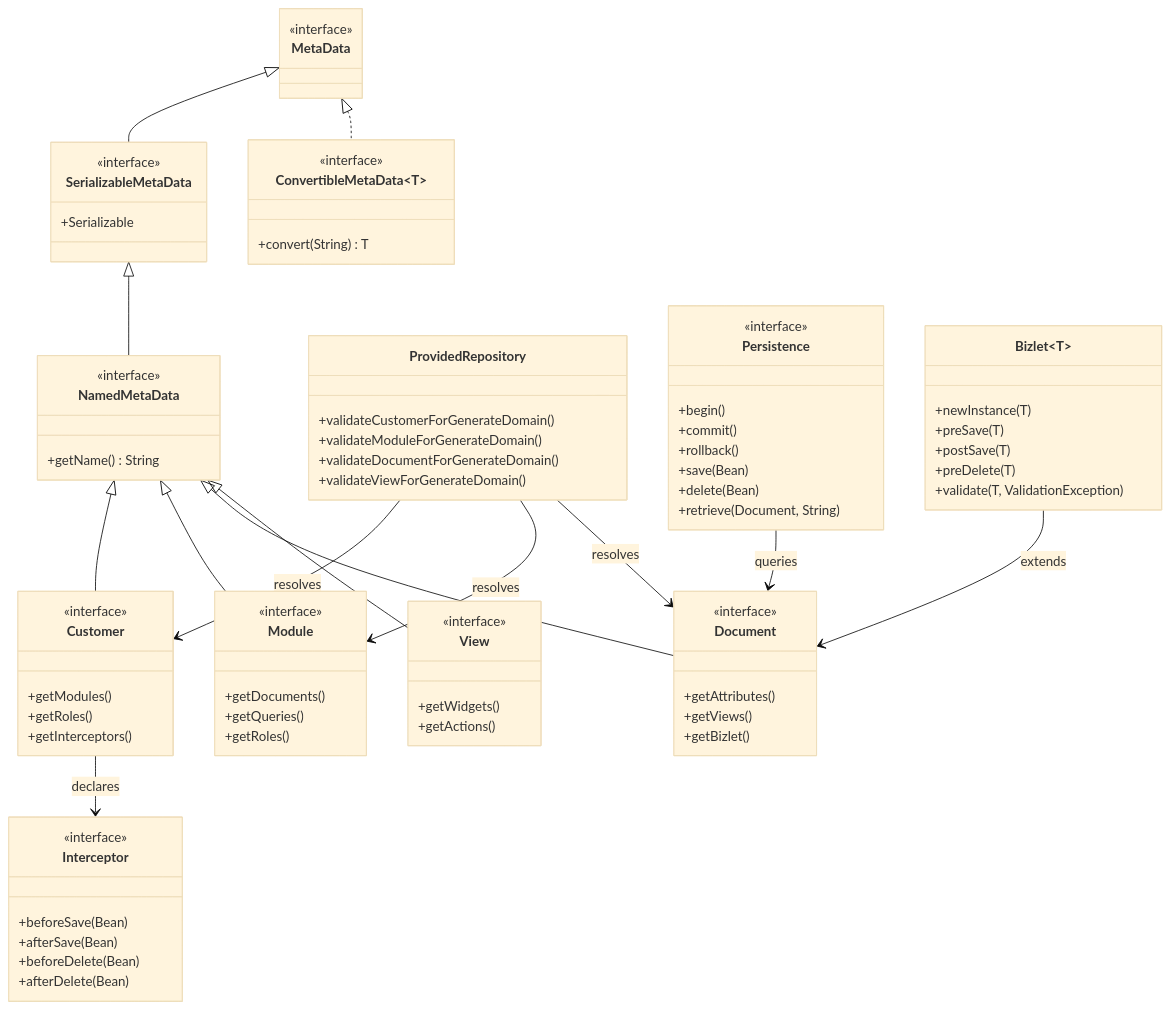
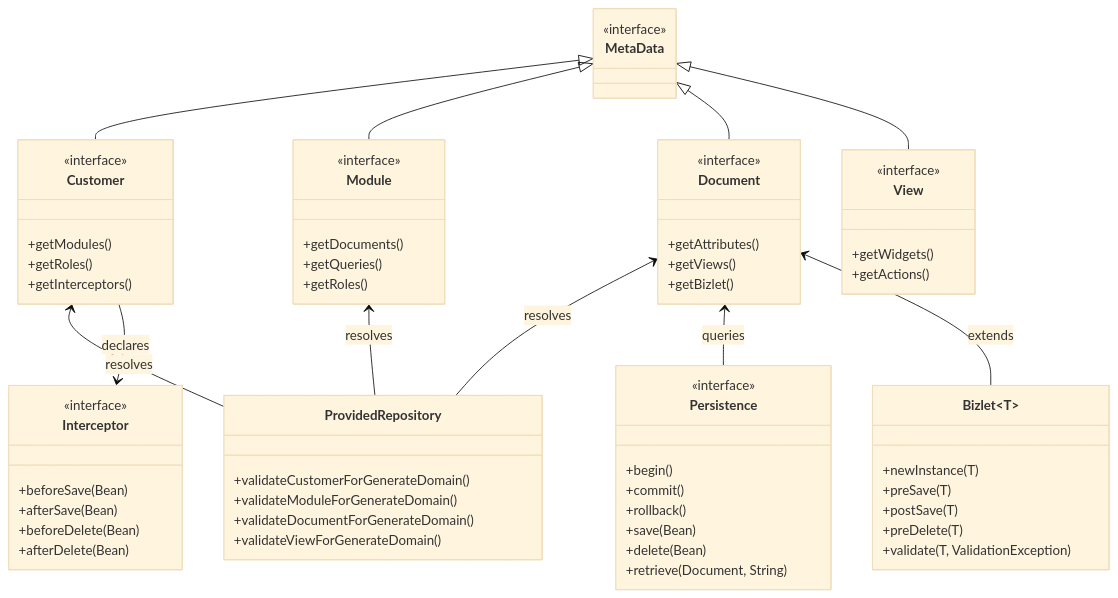
One commit to skyvers/skyve changed the fifth of 13 diagrams in docs/architecture-design.md. Above: the diagram before and after it, drawn with Mermaid (base theme). The commit also changed other lines of this file, not shown here.

Commit message:
Update arch doco.

````diff
--- a/docs/architecture-design.md
+++ b/docs/architecture-design.md
@@ -288,20 +278,13 @@
 ```mermaid
 classDiagram
+    direction TB
+
+    %% Row 1
     class MetaData {
         <<interface>>
     }
-    class SerializableMetaData {
-        <<interface>>
-        +Serializable
-    }
-    class NamedMetaData {
-        <<interface>>
-        +getName() String
-    }
-    class ConvertibleMetaData~T~ {
-        <<interface>>
-        +convert(String) T
-    }
+
+    %% Row 2
     class Customer {
         <<interface>>
         +getModules()
@@ -325,6 +308,8 @@
         +getWidgets()
         +getActions()
     }
+
+    %% Row 3
     class ProvidedRepository {
         +validateCustomerForGenerateDomain()
         +validateModuleForGenerateDomain()
@@ -355,17 +340,17 @@
         +afterDelete(Bean)
     }
 
-    MetaData <|-- SerializableMetaData
-    SerializableMetaData <|-- NamedMetaData
-    NamedMetaData <|-- Customer
-    NamedMetaData <|-- Module
-    NamedMetaData <|-- Document
-    NamedMetaData <|-- View
-    MetaData <|.. ConvertibleMetaData
-    ProvidedRepository --> Customer : resolves
-    ProvidedRepository --> Module : resolves
-    ProvidedRepository --> Document : resolves
-    Persistence --> Document : queries
-    Bizlet --> Document : extends
+    %% Inheritance (Row 1 → Row 2)
+    MetaData <|-- Customer
+    MetaData <|-- Module
+    MetaData <|-- Document
+    MetaData <|-- View
+
+    %% Dependencies (Row 2 ← Row 3)
+    Customer <-- ProvidedRepository : resolves
+    Module <-- ProvidedRepository : resolves
+    Document <-- ProvidedRepository : resolves
+    Document <-- Persistence : queries
+    Document <-- Bizlet~T~ : extends
     Customer --> Interceptor : declares
 ```
````
